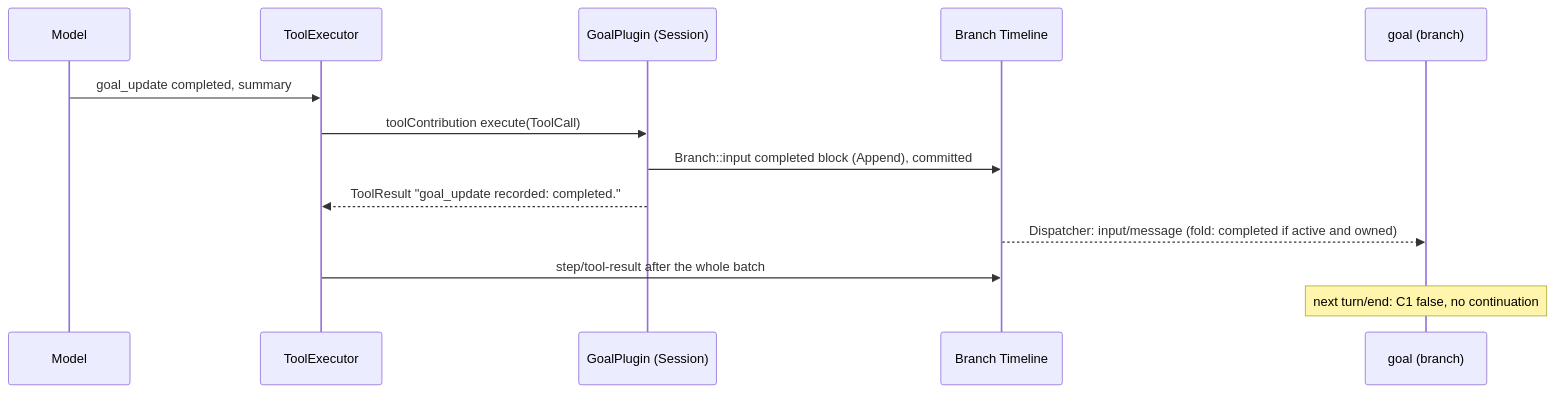
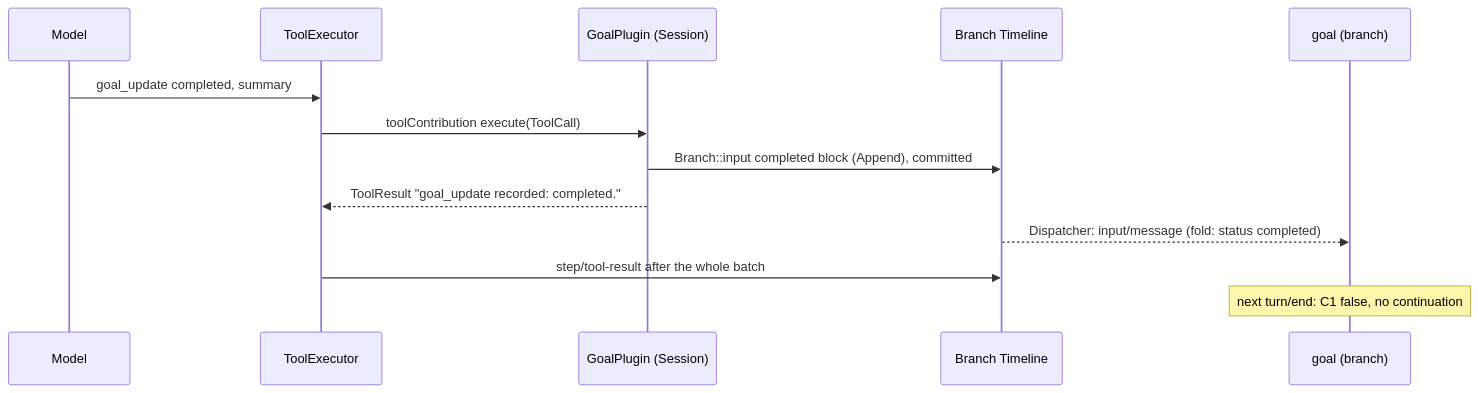
Before and after one commit to CoutinhoTTS/dim-agent: the fourth of 6 diagrams in docs/design/plugins/Goal.md, drawn with Mermaid. The commit also changed other lines of this file and 17 other files, not shown here.

````diff
--- a/docs/design/plugins/Goal.md
+++ b/docs/design/plugins/Goal.md
@@ -128,15 +128,15 @@
 ```mermaid
 sequenceDiagram
   participant Model
   participant TE as ToolExecutor
   participant GS as GoalPlugin (Session)
   participant TL as Branch Timeline
   participant G as goal (branch)
   Model->>TE: goal_update completed, summary
   TE->>GS: toolContribution execute(ToolCall)
   GS->>TL: Branch::input completed block (Append), committed
   GS-->>TE: ToolResult "goal_update recorded: completed."
-  TL-->>G: Dispatcher: input/message (fold: completed if active and owned)
+  TL-->>G: Dispatcher: input/message (fold: status completed)
   TE->>TL: step/tool-result after the whole batch
   Note over G: next turn/end: C1 false, no continuation
 ```
````
